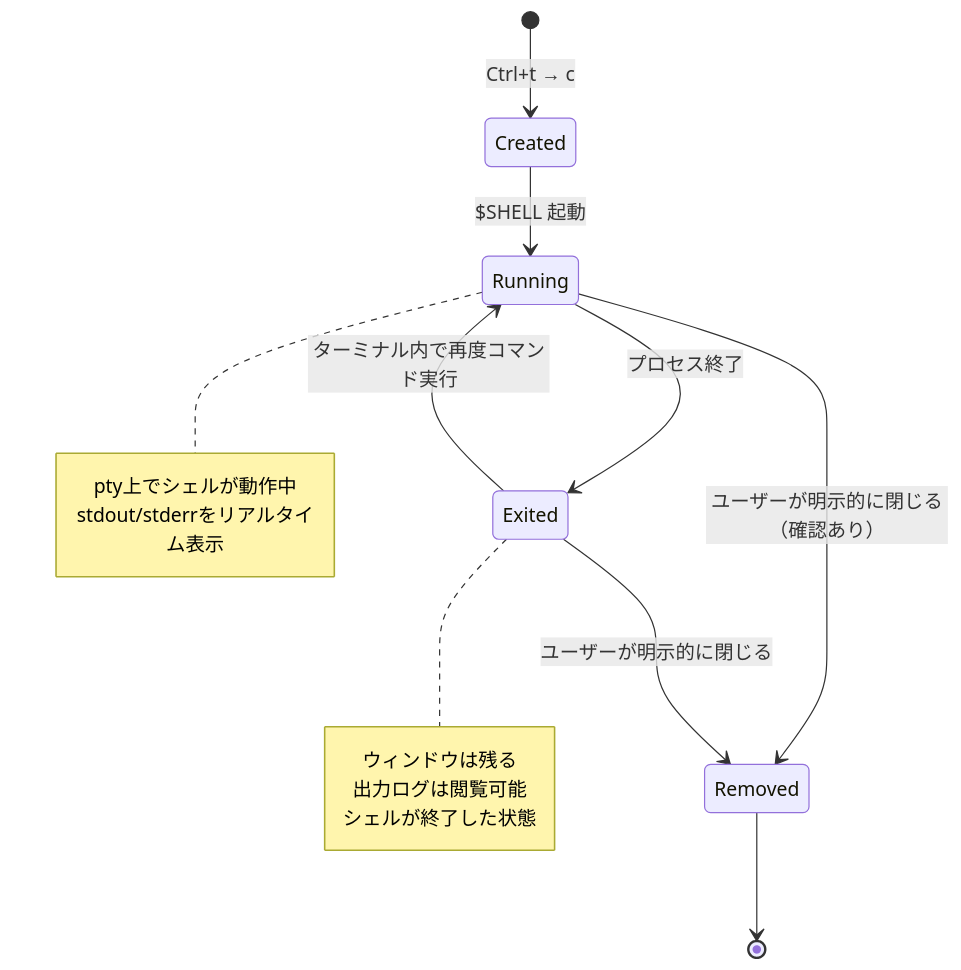
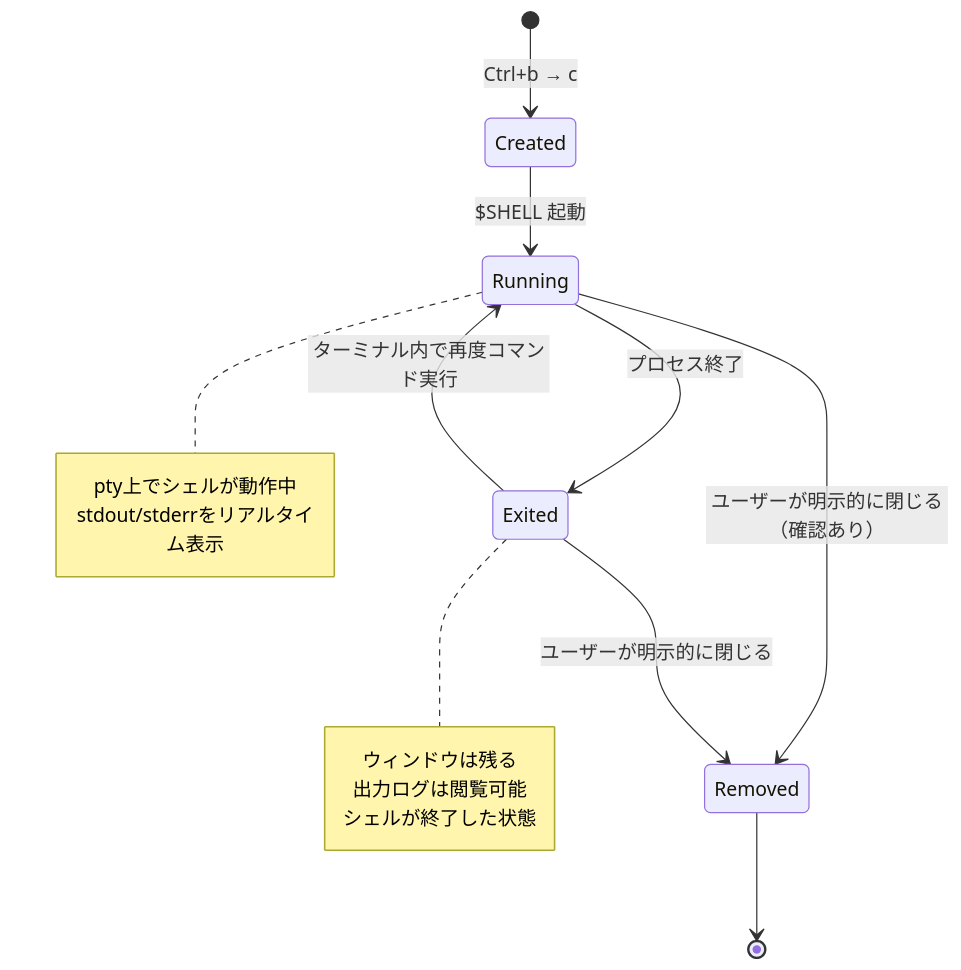
Before and after one commit to Kobayashi-takumi/cli-manager: the fourth of 5 diagrams in docs/requirements.md, drawn with Mermaid. The commit also changed other lines of this file and 7 other files, not shown here.

````diff
--- a/docs/requirements.md
+++ b/docs/requirements.md
@@ -144,23 +144,23 @@
 ```mermaid
 stateDiagram-v2
-    [*] --> Created: Ctrl+t → c
+    [*] --> Created: Ctrl+b → c
     Created --> Running: $SHELL 起動
 
     Running --> Exited: プロセス終了
     Exited --> Running: ターミナル内で再度コマンド実行
 
     Running --> Removed: ユーザーが明示的に閉じる（確認あり）
     Exited --> Removed: ユーザーが明示的に閉じる
     Removed --> [*]
 
     note right of Running
         pty上でシェルが動作中
         stdout/stderrをリアルタイム表示
     end note
 
     note right of Exited
         ウィンドウは残る
         出力ログは閲覧可能
         シェルが終了した状態
     end note
 ```
````
